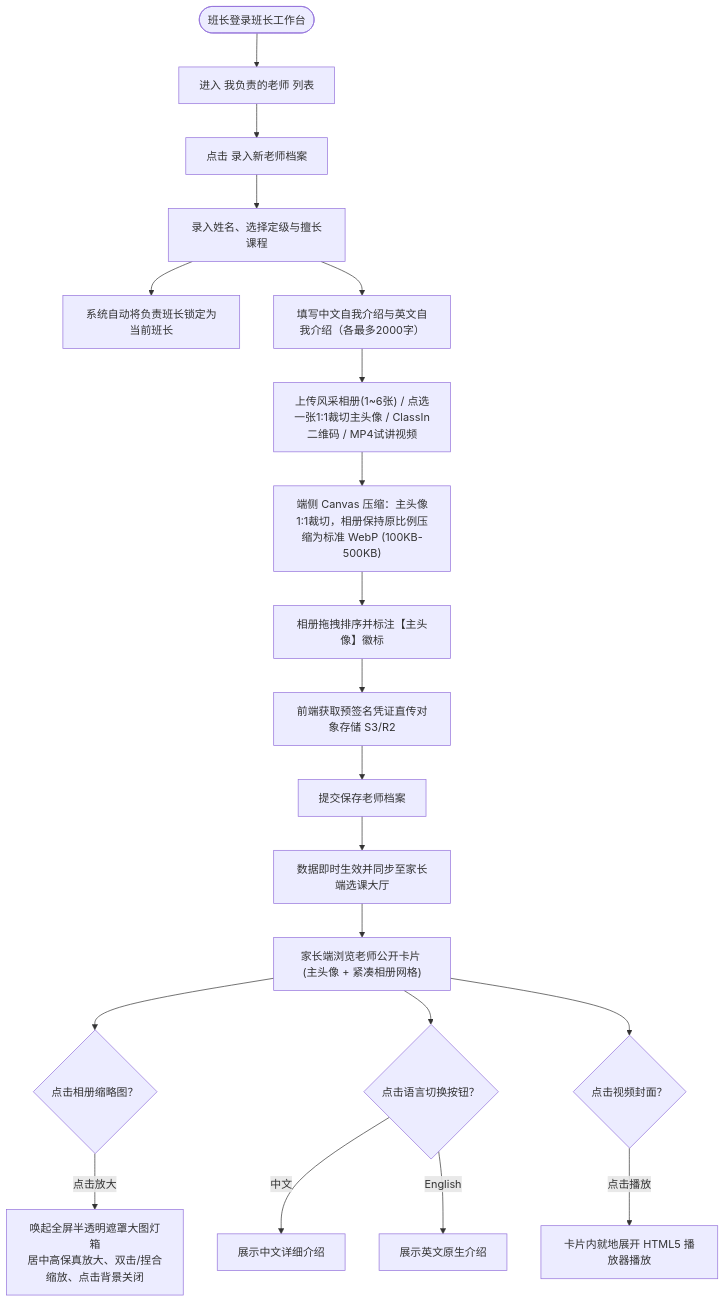
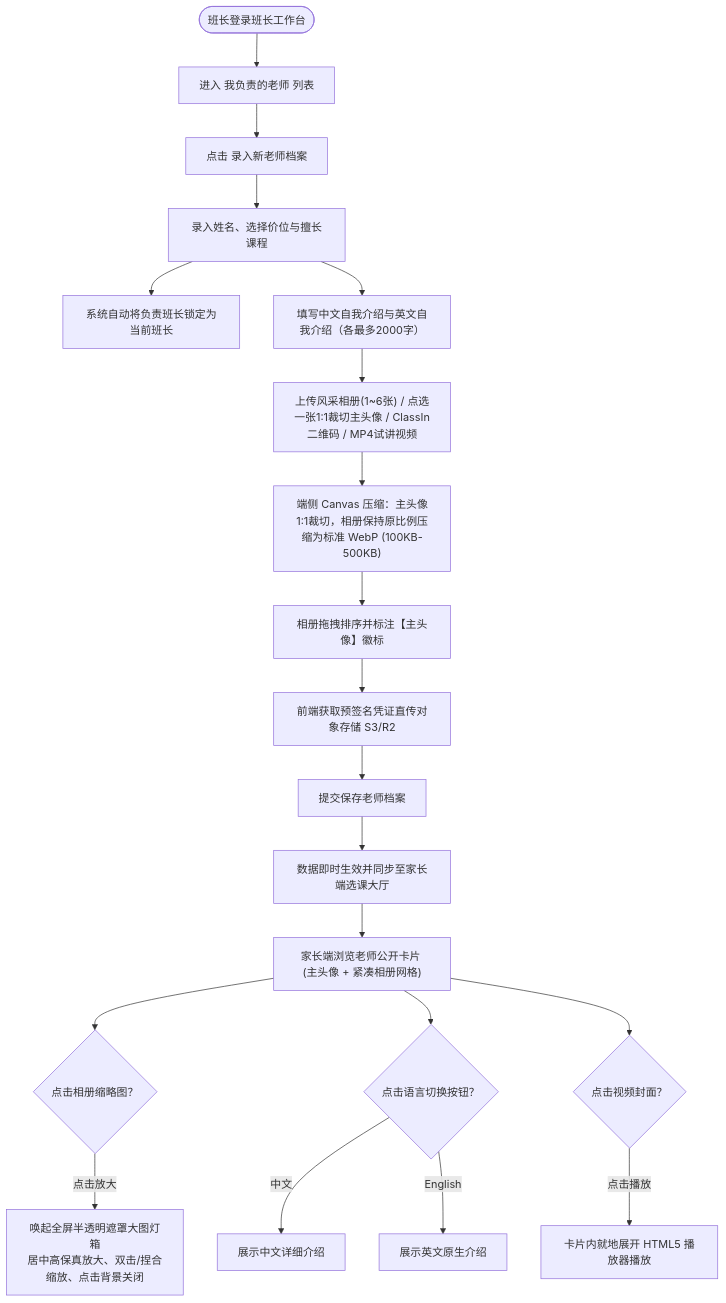
Before and after one commit to Onezao/dream: the first of 7 diagrams in docs/prd/m1b_teacher_profile.md, drawn with Mermaid. The commit also changed other lines of this file and 31 other files, not shown here.

Commit message:
docs(prd,prototype): unify price tier terminology, align M0 reuse rules, and refine M3A/M3D scheduling flows

````diff
--- a/docs/prd/m1b_teacher_profile.md
+++ b/docs/prd/m1b_teacher_profile.md
@@ -51,29 +51,29 @@
 ```mermaid
 flowchart TD
     Start(["班长登录班长工作台"]) --> NavTeacher["进入 我负责的老师 列表"]
     NavTeacher --> ClickCreate["点击 录入新老师档案"]
     
-    ClickCreate --> InputBase["录入姓名、选择定级与擅长课程"]
+    ClickCreate --> InputBase["录入姓名、选择价位与擅长课程"]
     InputBase --> AutoBind["系统自动将负责班长锁定为当前班长"]
     InputBase --> InputBio["填写中文自我介绍与英文自我介绍（各最多2000字）"]
     
     InputBio --> UploadMedia["上传风采相册(1~6张) / 点选一张1:1裁切主头像 / ClassIn二维码 / MP4试讲视频"]
     UploadMedia --> ClientCrop["端侧 Canvas 压缩：主头像1:1裁切，相册保持原比例压缩为标准 WebP (100KB-500KB)"]
     ClientCrop --> ReorderPhotos["相册拖拽排序并标注【主头像】徽标"]
     ReorderPhotos --> PresignedDirect["前端获取预签名凭证直传对象存储 S3/R2"]
     PresignedDirect --> SaveProfile["提交保存老师档案"]
     
     SaveProfile --> PublicPublish["数据即时生效并同步至家长端选课大厅"]
     
     PublicPublish --> ParentView["家长端浏览老师公开卡片 (主头像 + 紧凑相册网格)"]
     
     ParentView --> ClickPhoto{"点击相册缩略图？"}
     ClickPhoto -->|"点击放大"| LightboxModal["唤起全屏半透明遮罩大图灯箱\n居中高保真放大、双击/捏合缩放、点击背景关闭"]
     
     ParentView --> SwitchLang{"点击语言切换按钮？"}
     SwitchLang -->|"中文"| ShowZh["展示中文详细介绍"]
     SwitchLang -->|"English"| ShowEn["展示英文原生介绍"]
     
     ParentView --> ClickVideo{"点击视频封面？"}
     ClickVideo -->|"点击播放"| InPlacePlay["卡片内就地展开 HTML5 播放器播放"]
 ```
````
